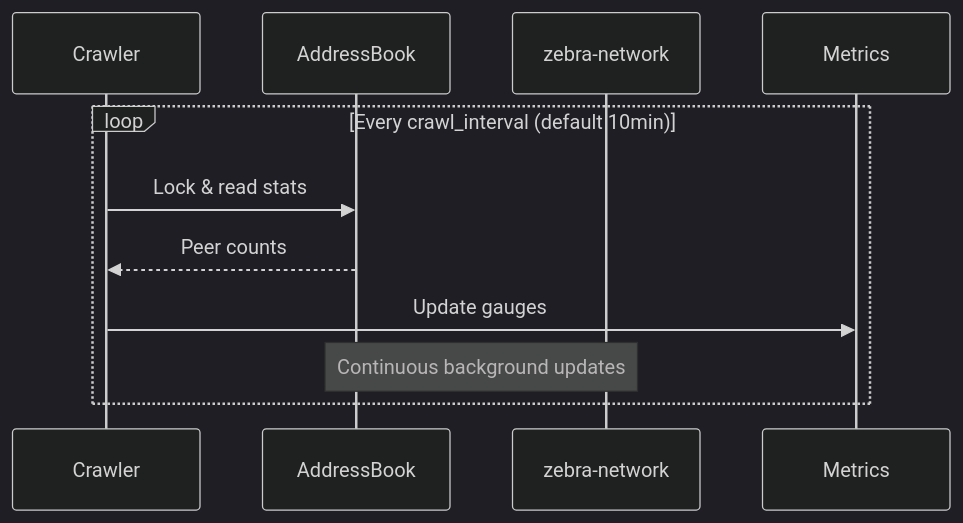
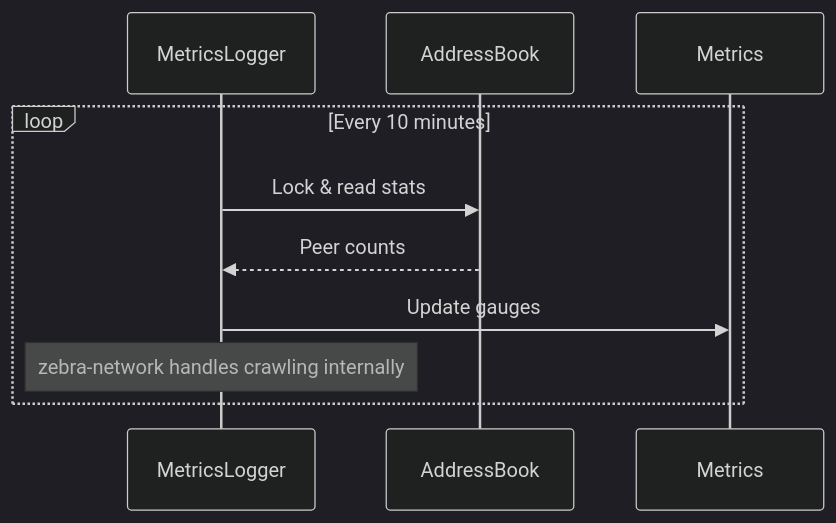
Before and after one commit to ZcashFoundation/dnsseederNG: the fourth of 4 diagrams in docs/architecture.md, drawn with Mermaid (dark theme). The commit also changed other lines of this file and 1 other file, not shown here.

Commit message:
docs: update docs to reflect the new lock-free address cache

````diff
--- a/docs/architecture.md
+++ b/docs/architecture.md
@@ -79,14 +104,13 @@
 ```mermaid
 sequenceDiagram
-    participant Crawler
+    participant MetricsLogger
     participant AddressBook
-    participant zebra-network
     participant Metrics
     
-    loop Every crawl_interval (default 10min)
-        Crawler->>AddressBook: Lock & read stats
-        AddressBook-->>Crawler: Peer counts
-        Crawler->>Metrics: Update gauges
-        Note over zebra-network,AddressBook: Continuous background updates
+    loop Every 10 minutes
+        MetricsLogger->>AddressBook: Lock & read stats
+        AddressBook-->>MetricsLogger: Peer counts
+        MetricsLogger->>Metrics: Update gauges
+        Note over MetricsLogger: zebra-network handles crawling internally
     end
 ```
````
